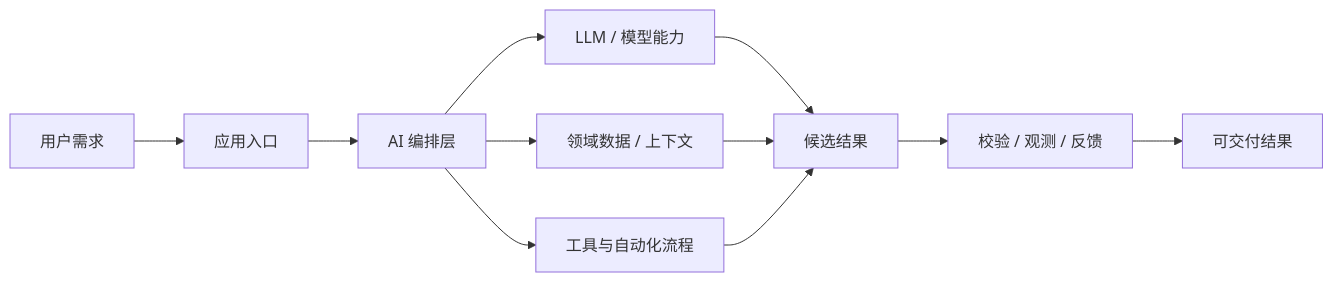
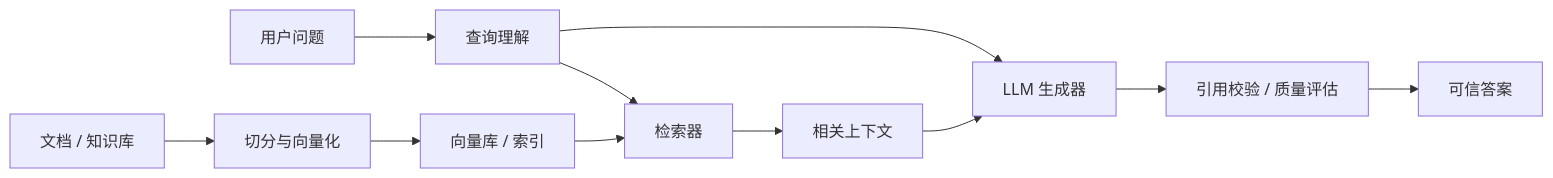
The fifth of 5 diagrams in TRENDING.md (Lingwangla/github_trend), drawn with Mermaid before and after one commit. The commit also changed other lines of this file and 2 other files, not shown here.

````diff
--- a/TRENDING.md
+++ b/TRENDING.md
@@ -146,13 +191,13 @@
 ```mermaid
 flowchart LR
-    User[用户需求] --> Interface[应用入口]
-    Interface --> Orchestrator[AI 编排层]
-    Orchestrator --> Model[LLM / 模型能力]
-    Orchestrator --> Data[领域数据 / 上下文]
-    Orchestrator --> Tools[工具与自动化流程]
-    Model --> Result[候选结果]
-    Data --> Result
-    Tools --> Result
-    Result --> Review[校验 / 观测 / 反馈]
-    Review --> Output[可交付结果]
+    User[用户问题] --> Query[查询理解]
+    Query --> Retriever[检索器]
+    Docs[文档 / 知识库] --> Chunk[切分与向量化]
+    Chunk --> Store[向量库 / 索引]
+    Store --> Retriever
+    Retriever --> Context[相关上下文]
+    Context --> LLM[LLM 生成器]
+    Query --> LLM
+    LLM --> Eval[引用校验 / 质量评估]
+    Eval --> Answer[可信答案]
 ```
````
